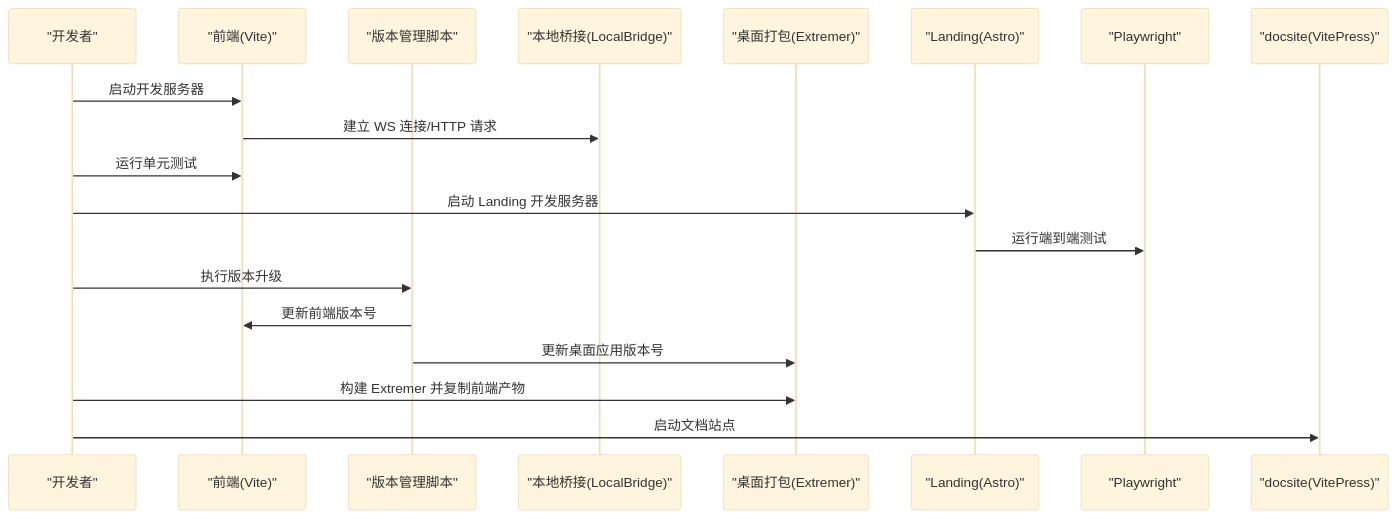
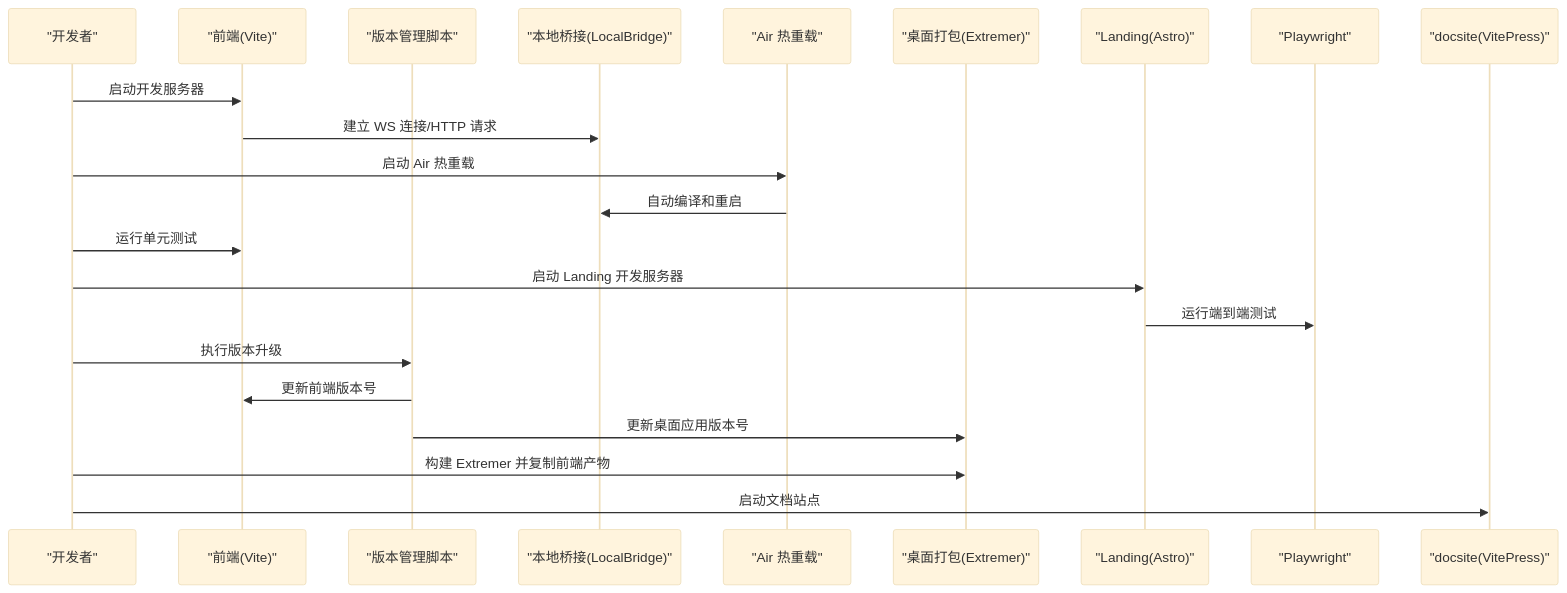
One commit to kqcoxn/MaaPipelineEditor changed the second of 3 diagrams in .qoder/repowiki/zh/content/开发与测试.md. Above: the diagram before and after it, drawn with Mermaid (base theme). The commit also changed other lines of this file and 37 other files, not shown here.

````diff
--- a/.qoder/repowiki/zh/content/开发与测试.md
+++ b/.qoder/repowiki/zh/content/开发与测试.md
@@ -131,21 +145,24 @@
 ```mermaid
 sequenceDiagram
 participant Dev as "开发者"
 participant FE as "前端(Vite)"
 participant VM as "版本管理脚本"
 participant LB as "本地桥接(LocalBridge)"
+participant AIR as "Air 热重载"
 participant EX as "桌面打包(Extremer)"
 participant LD as "Landing(Astro)"
 participant PW as "Playwright"
 participant DS as "docsite(VitePress)"
 Dev->>FE : 启动开发服务器
 FE->>LB : 建立 WS 连接/HTTP 请求
+Dev->>AIR : 启动 Air 热重载
+AIR->>LB : 自动编译和重启
 Dev->>FE : 运行单元测试
 Dev->>LD : 启动 Landing 开发服务器
 LD->>PW : 运行端到端测试
 Dev->>VM : 执行版本升级
 VM->>FE : 更新前端版本号
 VM->>EX : 更新桌面应用版本号
 Dev->>EX : 构建 Extremer 并复制前端产物
 Dev->>DS : 启动文档站点
 ```
````
